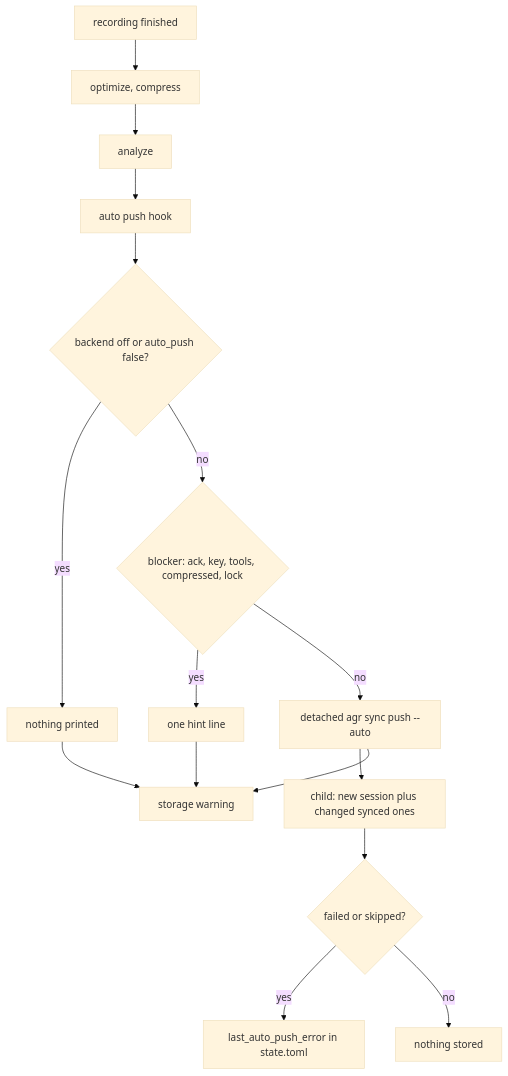
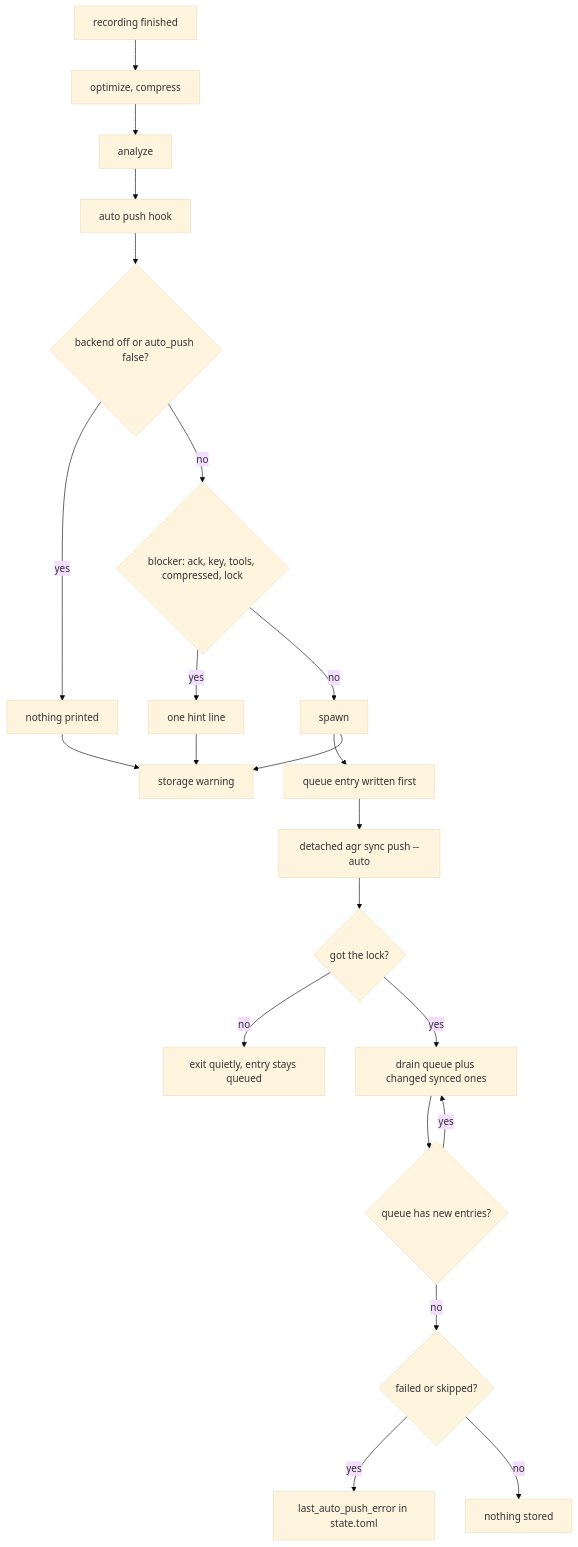
One commit to thiscantbeserious/agent-session-recorder changed the seventh of 10 diagrams in docs/architecture/sync.md. Above: the diagram before and after it, drawn with Mermaid (base theme). The commit also changed other lines of this file and 5 other files, not shown here.

Commit message:
feat(cli): auto push queue shown by sync status, docs, e2e burst case

````diff
--- a/docs/architecture/sync.md
+++ b/docs/architecture/sync.md
@@ -250,18 +250,24 @@
 ```mermaid
 flowchart TD
     rec[recording finished] --> opt[optimize, compress]
     opt --> ana[analyze]
     ana --> hook[auto push hook]
     hook --> off{backend off or auto_push false?}
     off -- yes --> silent[nothing printed]
     off -- no --> block{blocker: ack, key, tools, compressed, lock}
     block -- yes --> hint[one hint line]
-    block -- no --> spawn[detached agr sync push --auto]
-    spawn --> child[child: new session plus changed synced ones]
-    child --> err{failed or skipped?}
+    block -- no --> spawn[spawn]
+    spawn --> queue[queue entry written first]
+    queue --> child[detached agr sync push --auto]
+    child --> lock{got the lock?}
+    lock -- no --> quiet[exit quietly, entry stays queued]
+    lock -- yes --> drain[drain queue plus changed synced ones]
+    drain --> again{queue has new entries?}
+    again -- yes --> drain
+    again -- no --> err{failed or skipped?}
     err -- yes --> state[last_auto_push_error in state.toml]
     err -- no --> done[nothing stored]
     hint --> warn[storage warning]
     silent --> warn
     spawn --> warn
 ```
````
